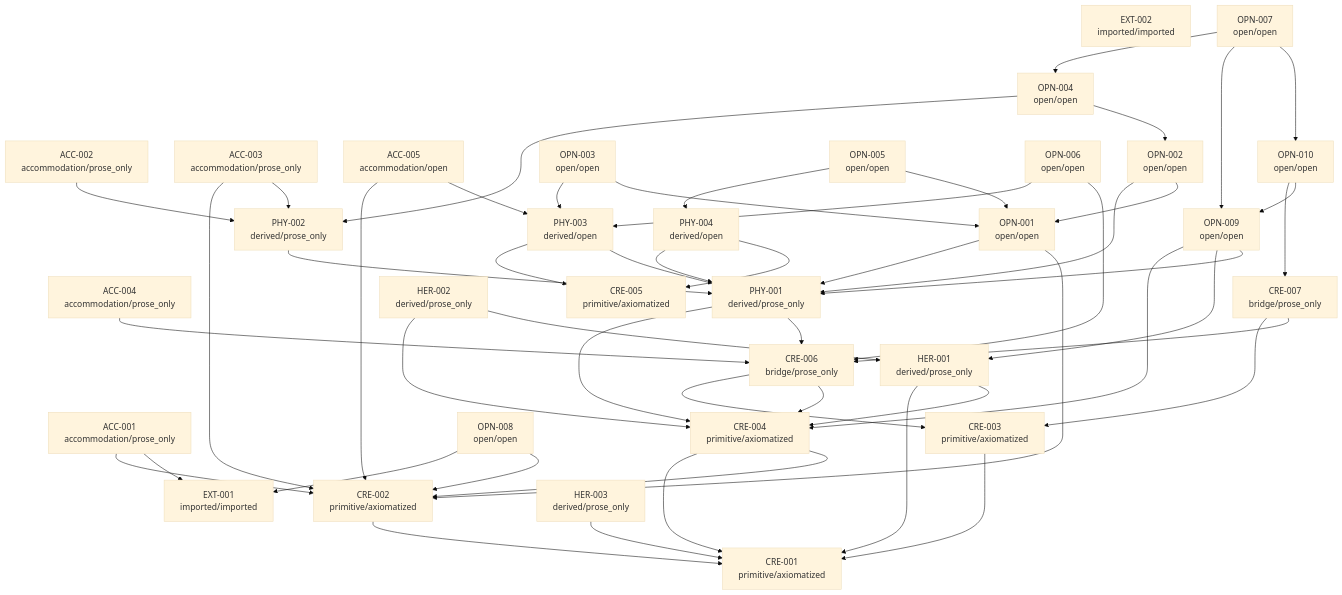
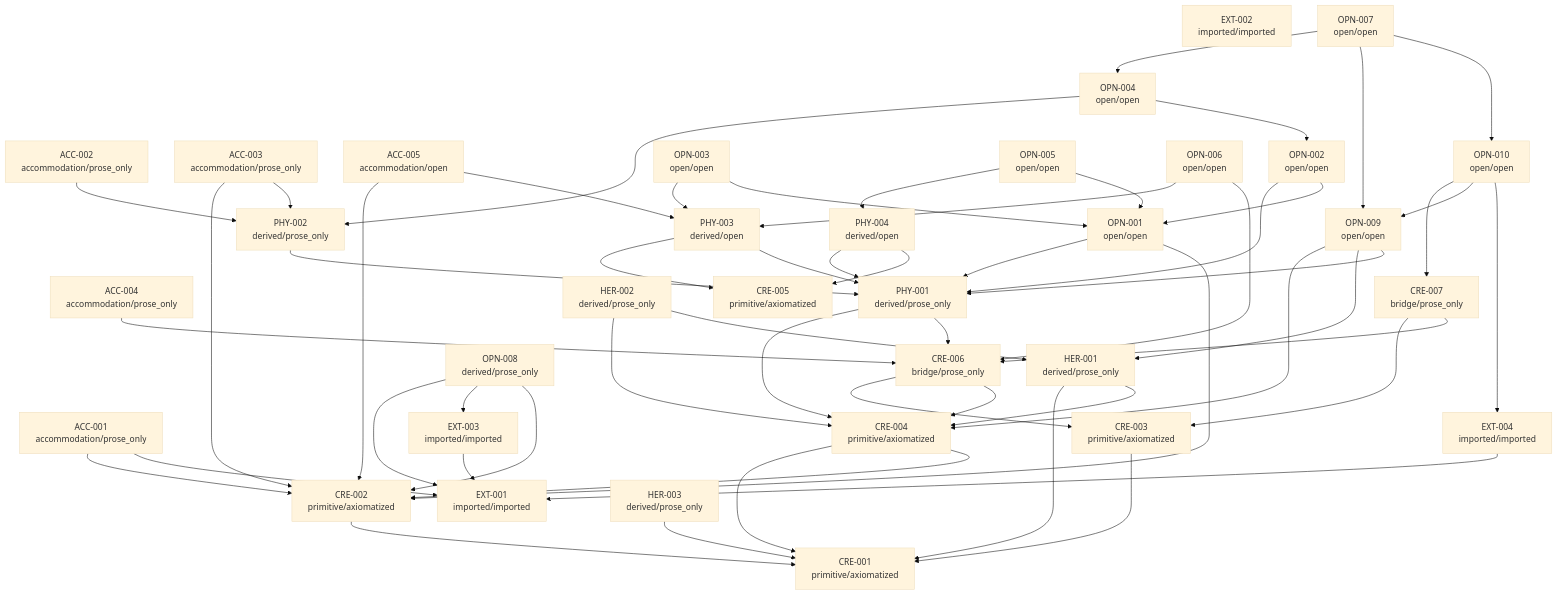
Before and after one commit to jdlongmire/creation-actualization-cosmology: the diagram in traceability/generated/dependency-graph.mmd, drawn with Mermaid (base theme). The commit also changed 19 other files, not shown here.

```diff
--- a/traceability/generated/dependency-graph.mmd
+++ b/traceability/generated/dependency-graph.mmd
@@ -1,82 +1,88 @@
 graph TD
   ACC-001["ACC-001<br/>accommodation/prose_only"]
   ACC-002["ACC-002<br/>accommodation/prose_only"]
   ACC-003["ACC-003<br/>accommodation/prose_only"]
   ACC-004["ACC-004<br/>accommodation/prose_only"]
   ACC-005["ACC-005<br/>accommodation/open"]
   CRE-001["CRE-001<br/>primitive/axiomatized"]
   CRE-002["CRE-002<br/>primitive/axiomatized"]
   CRE-003["CRE-003<br/>primitive/axiomatized"]
   CRE-004["CRE-004<br/>primitive/axiomatized"]
   CRE-005["CRE-005<br/>primitive/axiomatized"]
   CRE-006["CRE-006<br/>bridge/prose_only"]
   CRE-007["CRE-007<br/>bridge/prose_only"]
   EXT-001["EXT-001<br/>imported/imported"]
   EXT-002["EXT-002<br/>imported/imported"]
+  EXT-003["EXT-003<br/>imported/imported"]
+  EXT-004["EXT-004<br/>imported/imported"]
   HER-001["HER-001<br/>derived/prose_only"]
   HER-002["HER-002<br/>derived/prose_only"]
   HER-003["HER-003<br/>derived/prose_only"]
   OPN-001["OPN-001<br/>open/open"]
   OPN-002["OPN-002<br/>open/open"]
   OPN-003["OPN-003<br/>open/open"]
   OPN-004["OPN-004<br/>open/open"]
   OPN-005["OPN-005<br/>open/open"]
   OPN-006["OPN-006<br/>open/open"]
   OPN-007["OPN-007<br/>open/open"]
-  OPN-008["OPN-008<br/>open/open"]
+  OPN-008["OPN-008<br/>derived/prose_only"]
   OPN-009["OPN-009<br/>open/open"]
   OPN-010["OPN-010<br/>open/open"]
   PHY-001["PHY-001<br/>derived/prose_only"]
   PHY-002["PHY-002<br/>derived/prose_only"]
   PHY-003["PHY-003<br/>derived/open"]
   PHY-004["PHY-004<br/>derived/open"]
   ACC-001 --> CRE-002
   ACC-001 --> EXT-001
   ACC-002 --> PHY-002
   ACC-003 --> CRE-002
   ACC-003 --> PHY-002
   ACC-004 --> CRE-006
   ACC-005 --> CRE-002
   ACC-005 --> PHY-003
   CRE-002 --> CRE-001
   CRE-003 --> CRE-001
   CRE-004 --> CRE-001
   CRE-004 --> CRE-002
   CRE-006 --> CRE-003
   CRE-006 --> CRE-004
   CRE-007 --> CRE-003
   CRE-007 --> CRE-006
+  EXT-003 --> EXT-001
+  EXT-004 --> EXT-001
   HER-001 --> CRE-001
   HER-001 --> CRE-004
   HER-002 --> CRE-004
   HER-002 --> HER-001
   HER-003 --> CRE-001
   OPN-001 --> PHY-001
   OPN-001 --> CRE-002
   OPN-002 --> PHY-001
   OPN-002 --> OPN-001
   OPN-003 --> PHY-003
   OPN-003 --> OPN-001
   OPN-004 --> PHY-002
   OPN-004 --> OPN-002
   OPN-005 --> PHY-004
   OPN-005 --> OPN-001
   OPN-006 --> PHY-003
   OPN-006 --> CRE-006
   OPN-007 --> OPN-004
   OPN-007 --> OPN-009
   OPN-007 --> OPN-010
   OPN-008 --> EXT-001
+  OPN-008 --> EXT-003
   OPN-008 --> CRE-002
   OPN-009 --> CRE-004
   OPN-009 --> HER-001
   OPN-009 --> PHY-001
   OPN-010 --> CRE-007
   OPN-010 --> OPN-009
+  OPN-010 --> EXT-004
   PHY-001 --> CRE-004
   PHY-001 --> CRE-006
   PHY-002 --> PHY-001
   PHY-003 --> CRE-005
   PHY-003 --> PHY-001
   PHY-004 --> PHY-001
   PHY-004 --> CRE-005
```
